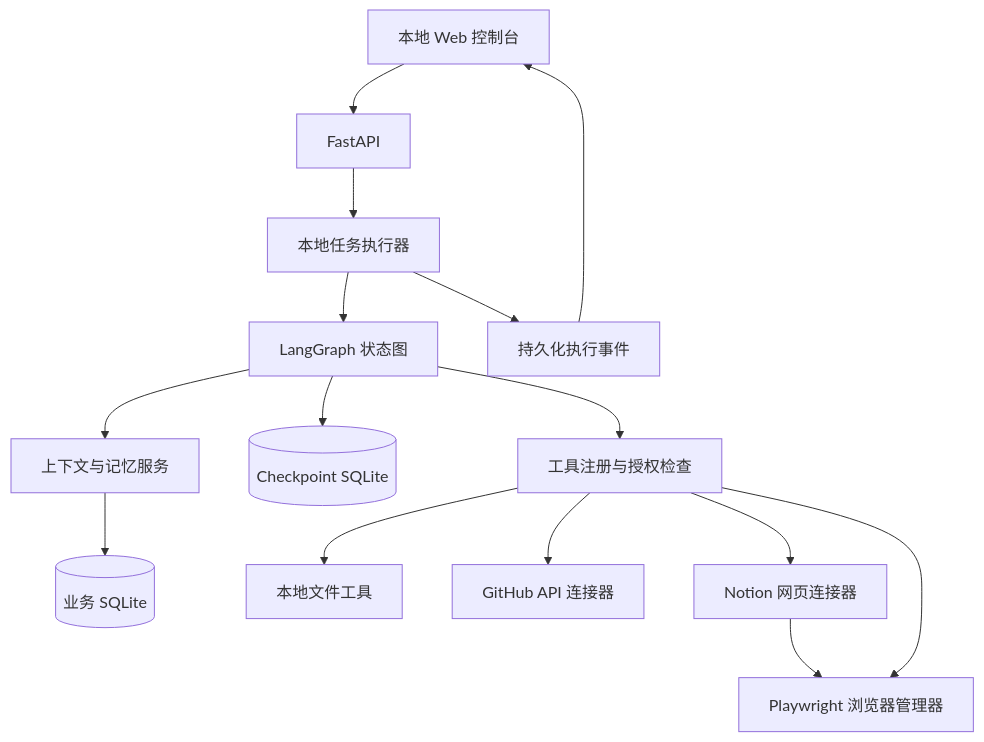
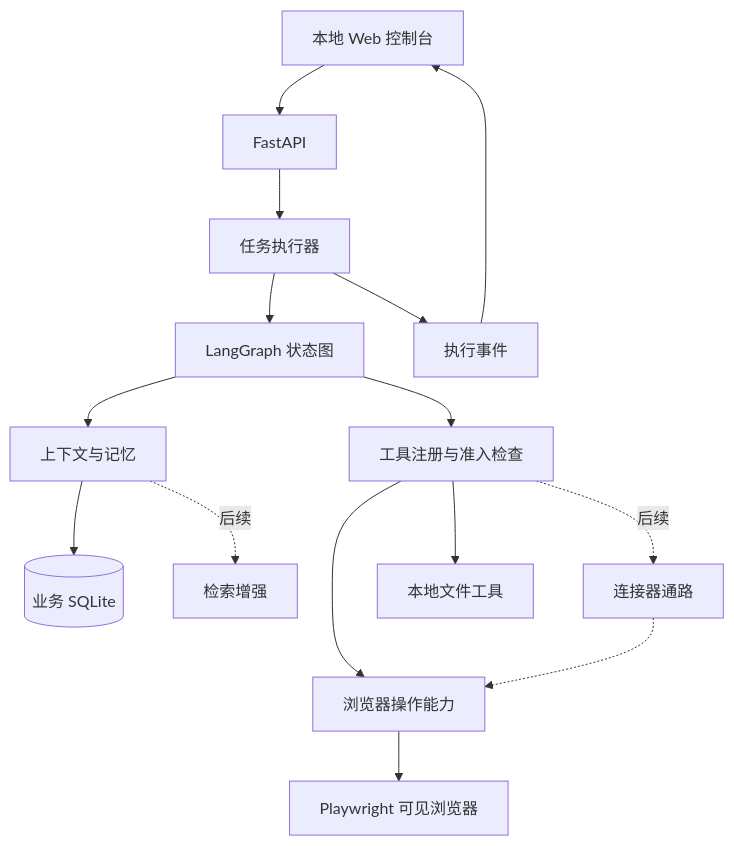
The diagram in MVP_PLAN.md (ahunting1122-source/bot), drawn with Mermaid before and after one commit. The commit also changed other lines of this file and 58 other files, not shown here.

````diff
--- a/MVP_PLAN.md
+++ b/MVP_PLAN.md
@@ -81,17 +97,17 @@
 ```mermaid
 flowchart TD
     UI[本地 Web 控制台] --> API[FastAPI]
-    API --> RUN[本地任务执行器]
+    API --> RUN[任务执行器]
     RUN --> GRAPH[LangGraph 状态图]
-    GRAPH --> CTX[上下文与记忆服务]
+    GRAPH --> CTX[上下文与记忆]
     CTX --> DB[(业务 SQLite)]
-    GRAPH --> CP[(Checkpoint SQLite)]
-    GRAPH --> REG[工具注册与授权检查]
+    GRAPH --> REG[工具注册与准入检查]
+    REG --> WEB[浏览器操作能力]
+    WEB --> PW[Playwright 可见浏览器]
     REG --> FS[本地文件工具]
-    REG --> GH[GitHub API 连接器]
-    REG --> NW[Notion 网页连接器]
-    NW --> PW[Playwright 浏览器管理器]
-    REG --> PW
-    RUN --> EV[持久化执行事件]
+    REG -.后续.-> CONN[连接器通路]
+    CONN -.-> WEB
+    CTX -.后续.-> RAG[检索增强]
+    RUN --> EV[执行事件]
     EV --> UI
 ```
````
